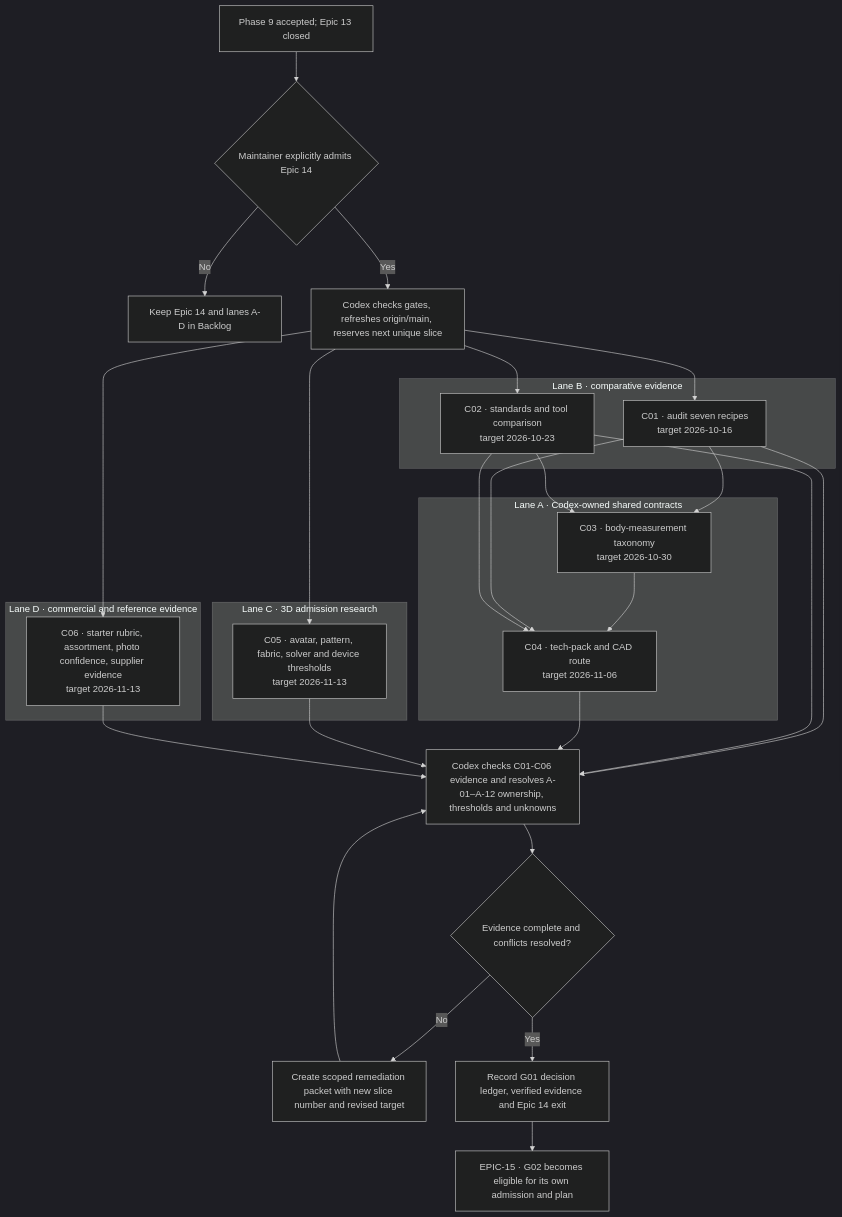
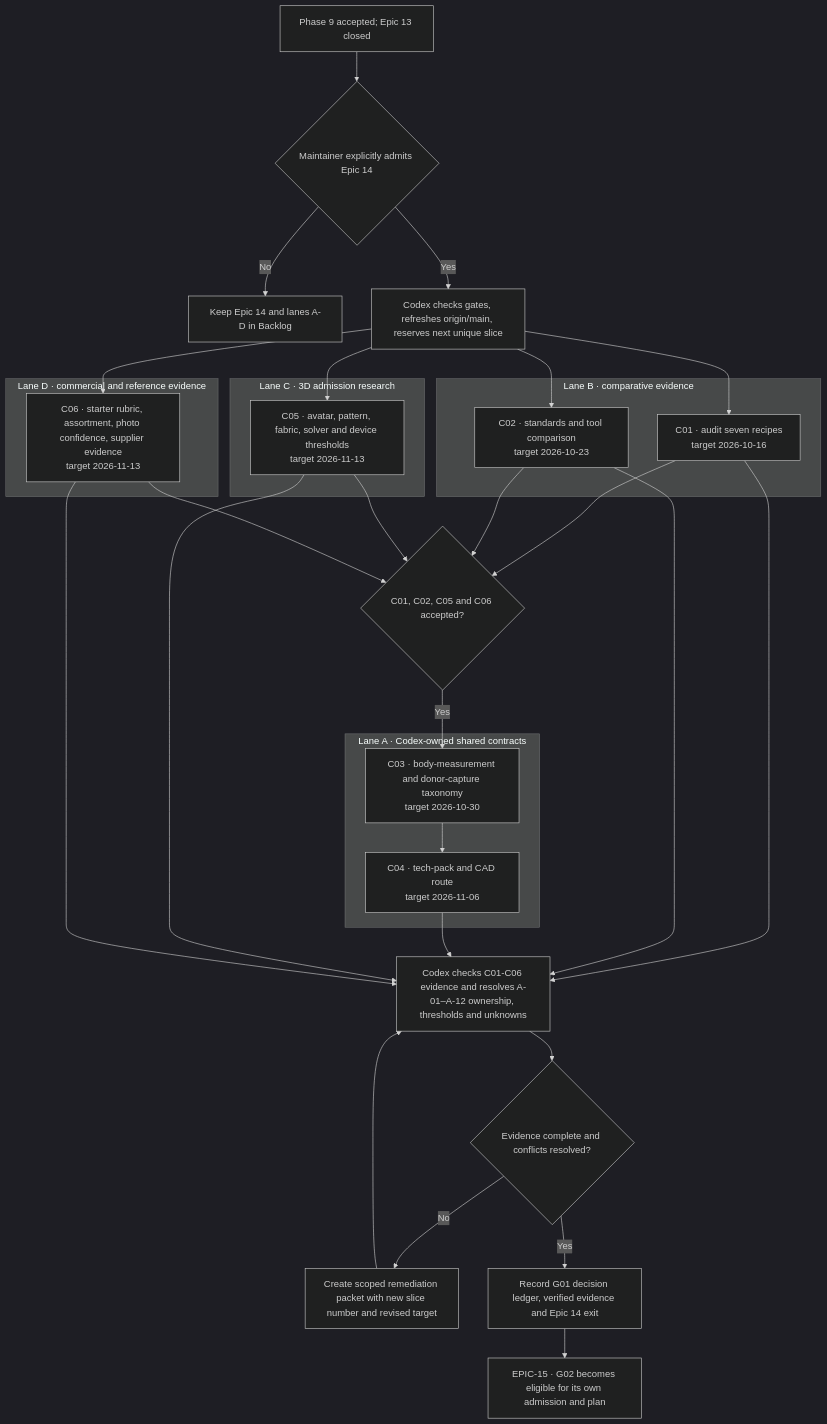
The diagram in docs/planning/END-TO-END-CAPABILITY-ROADMAP.md (kshitijpatne/InfiniDrip), drawn with Mermaid (dark theme) before and after one commit. The commit also changed other lines of this file and 7 other files, not shown here.

````diff
--- a/docs/planning/END-TO-END-CAPABILITY-ROADMAP.md
+++ b/docs/planning/END-TO-END-CAPABILITY-ROADMAP.md
@@ -156,46 +156,47 @@
 ```mermaid
 flowchart TD
   P9[Phase 9 accepted; Epic 13 closed] --> AUTH{Maintainer explicitly admits Epic 14}
   AUTH -->|No| HOLD[Keep Epic 14 and lanes A-D in Backlog]
   AUTH -->|Yes| START[Codex checks gates, refreshes origin/main, reserves next unique slice]
 
   START --> B1
   START --> B2
   START --> C5
   START --> D6
 
   subgraph LANE_B[Lane B · comparative evidence]
     B1[C01 · audit seven recipes<br/>target 2026-10-16]
     B2[C02 · standards and tool comparison<br/>target 2026-10-23]
   end
 
   subgraph LANE_C[Lane C · 3D admission research]
     C5[C05 · avatar, pattern, fabric, solver and device thresholds<br/>target 2026-11-13]
   end
 
   subgraph LANE_D[Lane D · commercial and reference evidence]
     D6[C06 · starter rubric, assortment, photo confidence, supplier evidence<br/>target 2026-11-13]
   end
 
   subgraph LANE_A[Lane A · Codex-owned shared contracts]
-    M3[C03 · body-measurement taxonomy<br/>target 2026-10-30]
+    M3[C03 · body-measurement and donor-capture taxonomy<br/>target 2026-10-30]
     T4[C04 · tech-pack and CAD route<br/>target 2026-11-06]
     M3 --> T4
   end
 
-  B1 --> M3
-  B2 --> M3
-  B1 --> T4
-  B2 --> T4
+  B1 --> WAVE{C01, C02, C05 and C06 accepted?}
+  B2 --> WAVE
+  C5 --> WAVE
+  D6 --> WAVE
+  WAVE -->|Yes| M3
 
   B1 --> REVIEW[Codex checks C01-C06 evidence and resolves A-01–A-12 ownership, thresholds and unknowns]
   B2 --> REVIEW
   T4 --> REVIEW
   C5 --> REVIEW
   D6 --> REVIEW
   REVIEW --> GAPS{Evidence complete and conflicts resolved?}
   GAPS -->|No| REM[Create scoped remediation packet with new slice number and revised target]
   REM --> REVIEW
   GAPS -->|Yes| EXIT[Record G01 decision ledger, verified evidence and Epic 14 exit]
   EXIT --> NEXT[EPIC-15 · G02 becomes eligible for its own admission and plan]
 ```
````
